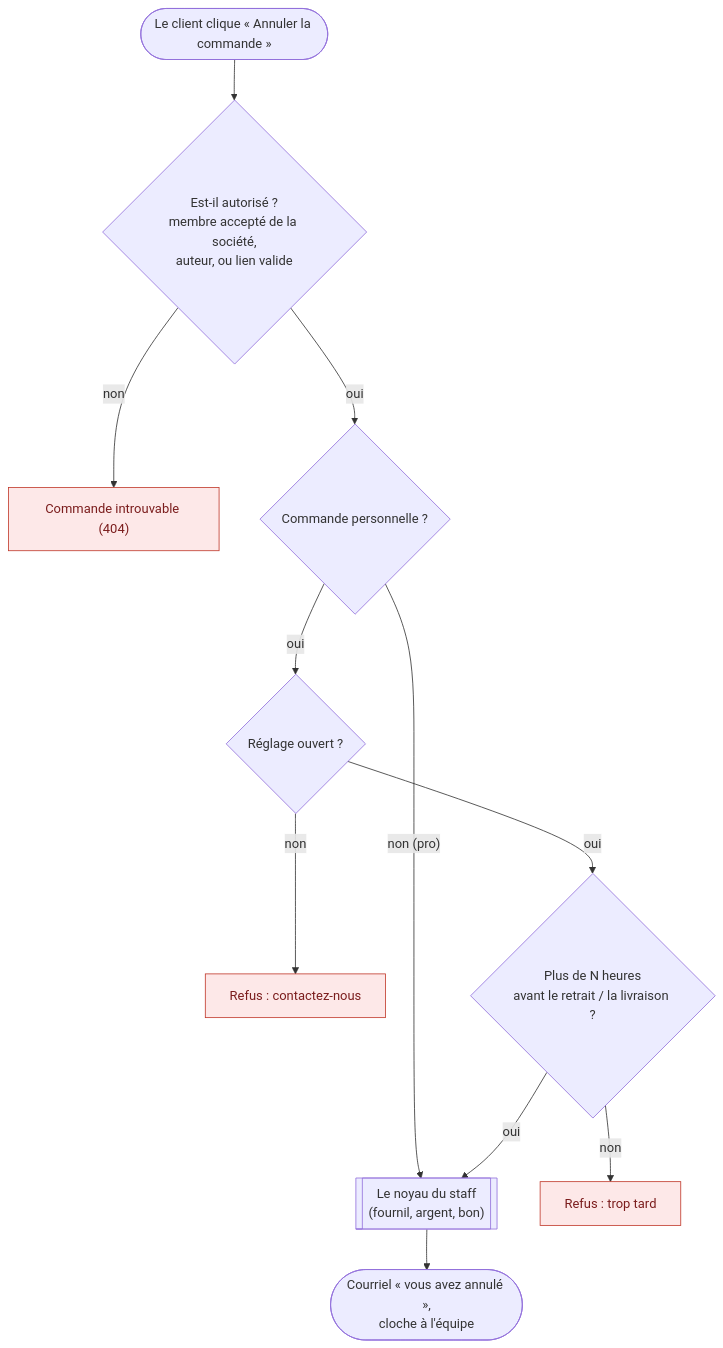
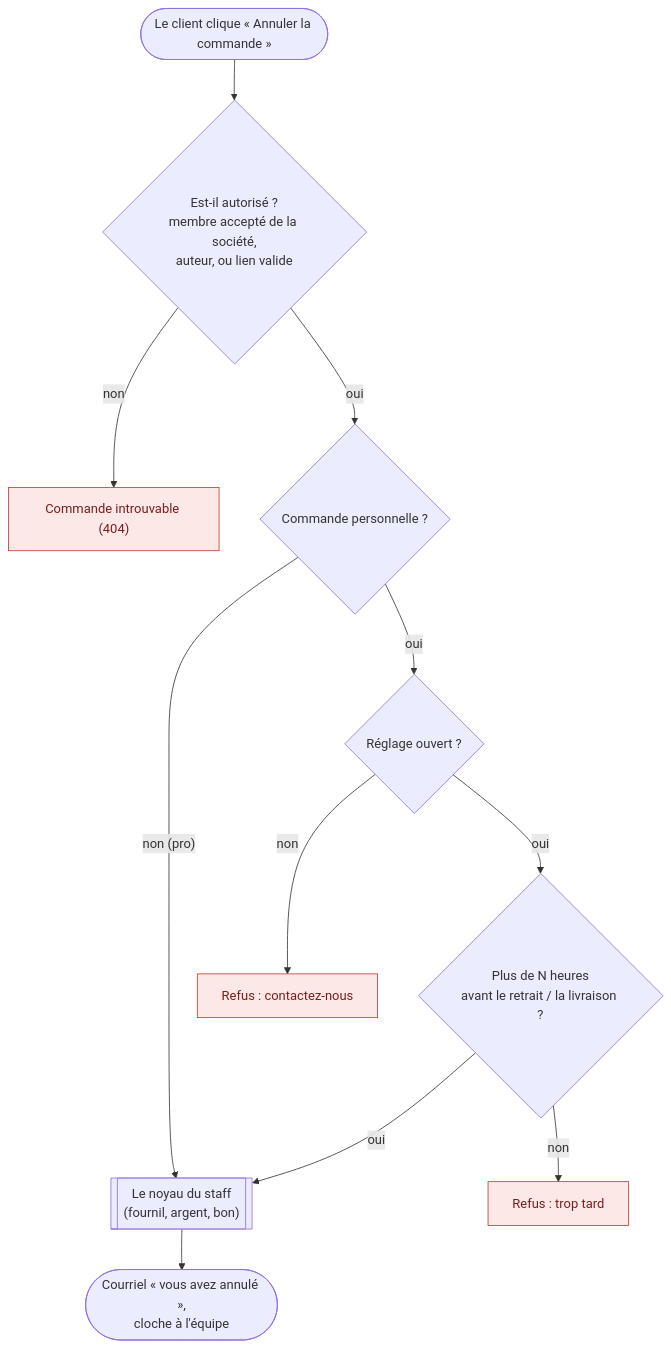
The diagram in documentation/commandes/annulation/annulation-par-le-client.md (hugoheynard/lfd), drawn with Mermaid before and after one commit. The commit also changed other lines of this file, not shown here.

````diff
--- a/documentation/commandes/annulation/annulation-par-le-client.md
+++ b/documentation/commandes/annulation/annulation-par-le-client.md
@@ -36,15 +36,15 @@
 ```mermaid
 flowchart TD
     A([Le client clique « Annuler la commande »]) --> W{Est-il autorisé ?<br/>membre accepté de la société,<br/>auteur, ou lien valide}
     W -- non --> R0["Commande introuvable (404)"]:::refus
     W -- oui --> K{Commande personnelle ?}
+    K -- oui --> S{Réglage ouvert ?}
     K -- "non (pro)" --> N
-    K -- oui --> S{Réglage ouvert ?}
+    S -- oui --> T{Plus de N heures<br/>avant le retrait / la livraison ?}
     S -- non --> R1["Refus : contactez-nous"]:::refus
-    S -- oui --> T{Plus de N heures<br/>avant le retrait / la livraison ?}
     T -- non --> R2["Refus : trop tard"]:::refus
     T -- oui --> N[["Le noyau du staff<br/>(fournil, argent, bon)"]]
     N --> M([Courriel « vous avez annulé »,<br/>cloche à l'équipe])
 
     classDef refus fill:#fde8e8,stroke:#c0392b,color:#7b1d1d
 ```
````
